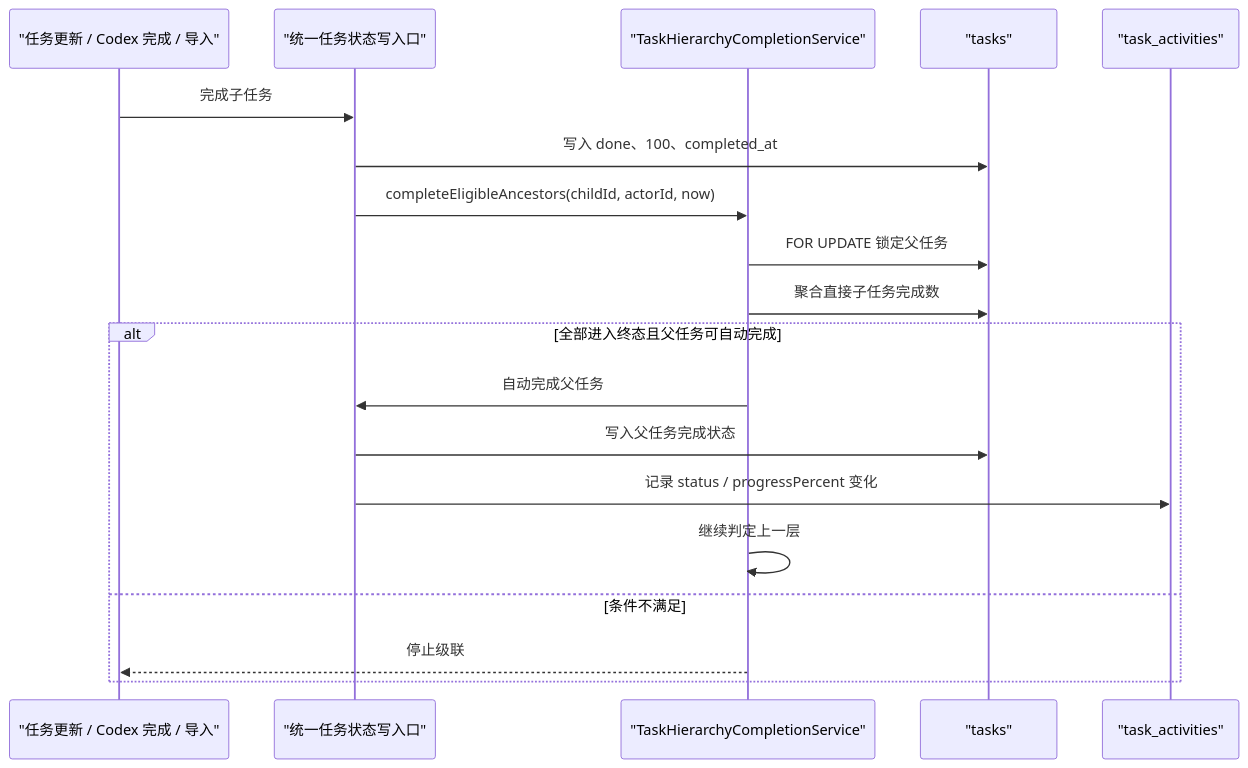
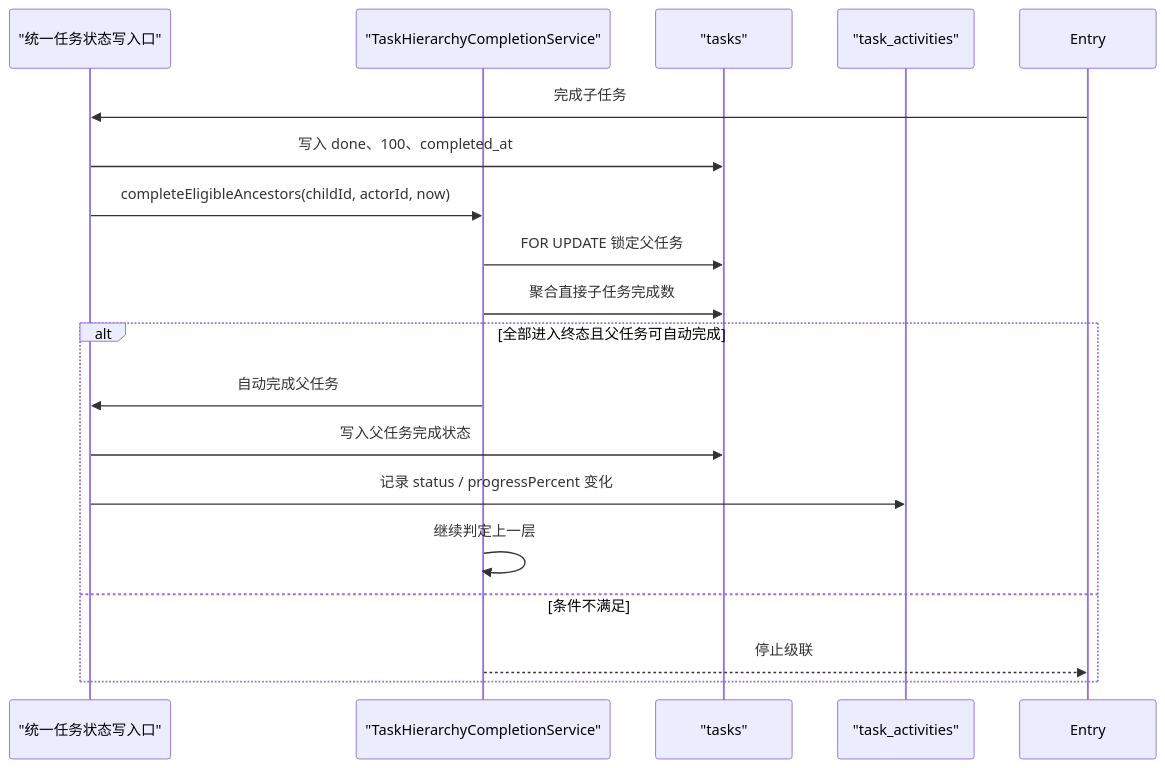
Before and after one commit to hzwjs/linear-lite: the diagram in docs/plans/2026-07-28-parent-auto-completion-design.md, drawn with Mermaid. The commit also changed other lines of this file and 80 other files, not shown here.

````diff
--- a/docs/plans/2026-07-28-parent-auto-completion-design.md
+++ b/docs/plans/2026-07-28-parent-auto-completion-design.md
@@ -49,22 +47,21 @@
 ```mermaid
 sequenceDiagram
-    participant Entry as "任务更新 / Codex 完成 / 导入"
     participant Status as "统一任务状态写入口"
     participant Hierarchy as "TaskHierarchyCompletionService"
     participant DB as "tasks"
     participant Activity as "task_activities"
 
     Entry->>Status: 完成子任务
     Status->>DB: 写入 done、100、completed_at
     Status->>Hierarchy: completeEligibleAncestors(childId, actorId, now)
     Hierarchy->>DB: FOR UPDATE 锁定父任务
     Hierarchy->>DB: 聚合直接子任务完成数
     alt 全部进入终态且父任务可自动完成
         Hierarchy->>Status: 自动完成父任务
         Status->>DB: 写入父任务完成状态
         Status->>Activity: 记录 status / progressPercent 变化
         Hierarchy->>Hierarchy: 继续判定上一层
     else 条件不满足
         Hierarchy-->>Entry: 停止级联
     end
 ```
````
